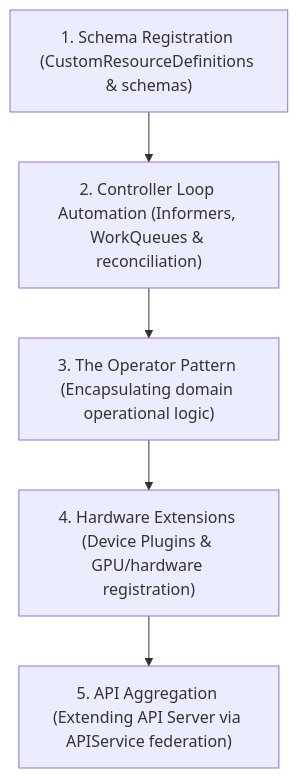
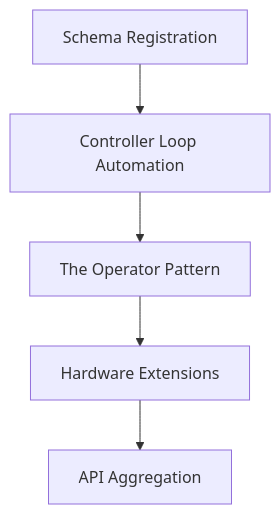
The diagram in Reference Notes/16_kubernetes_api_extension_and_operators.md (kmashour/BrainDump), drawn with Mermaid before and after one commit. The commit also changed 15 other files, not shown here.

Commit message:
docs: simplify cognitive map mermaid syntax for general compatibility

````diff
--- a/Reference Notes/16_kubernetes_api_extension_and_operators.md
+++ b/Reference Notes/16_kubernetes_api_extension_and_operators.md
@@ -11,7 +11,7 @@
 ```mermaid
 graph TD
-    A["1. Schema Registration (CustomResourceDefinitions & schemas)"] --> B["2. Controller Loop Automation (Informers, WorkQueues & reconciliation)"]
-    B --> C["3. The Operator Pattern (Encapsulating domain operational logic)"]
-    C --> D["4. Hardware Extensions (Device Plugins & GPU/hardware registration)"]
-    D --> E["5. API Aggregation (Extending API Server via APIService federation)"]
+    A["Schema Registration"] --> B["Controller Loop Automation"]
+    B --> C["The Operator Pattern"]
+    C --> D["Hardware Extensions"]
+    D --> E["API Aggregation"]
 ```
````
